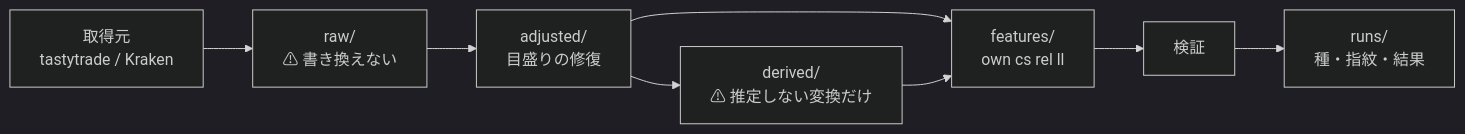
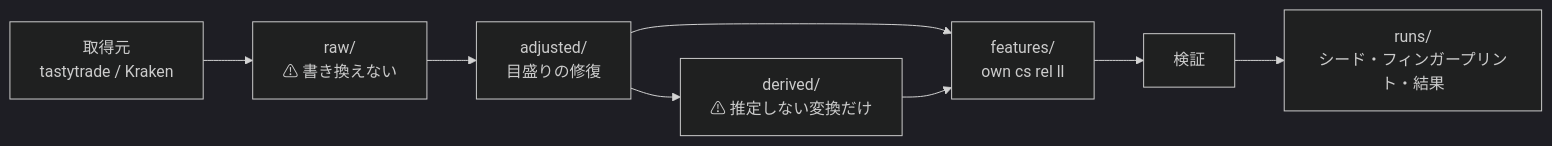
The second of 38 diagrams in docs/specs/experiments/feature-discovery/rules.md (akiraak/ai-income-lab), drawn with Mermaid (dark theme) before and after one commit. The commit also changed other lines of this file and 45 other files, not shown here.

````diff
--- a/docs/specs/experiments/feature-discovery/rules.md
+++ b/docs/specs/experiments/feature-discovery/rules.md
@@ -50,10 +50,10 @@
 ```mermaid
 flowchart LR
   S["取得元<br/>tastytrade / Kraken"] --> R["raw/<br/>⚠ 書き換えない"]
   R --> A["adjusted/<br/>目盛りの修復"]
   A --> D["derived/<br/>⚠ 推定しない変換だけ"]
   A --> F["features/<br/>own cs rel ll"]
   D --> F
   F --> V["検証"]
-  V --> RUN["runs/<br/>種・指紋・結果"]
+  V --> RUN["runs/<br/>シード・フィンガープリント・結果"]
 ```
````
